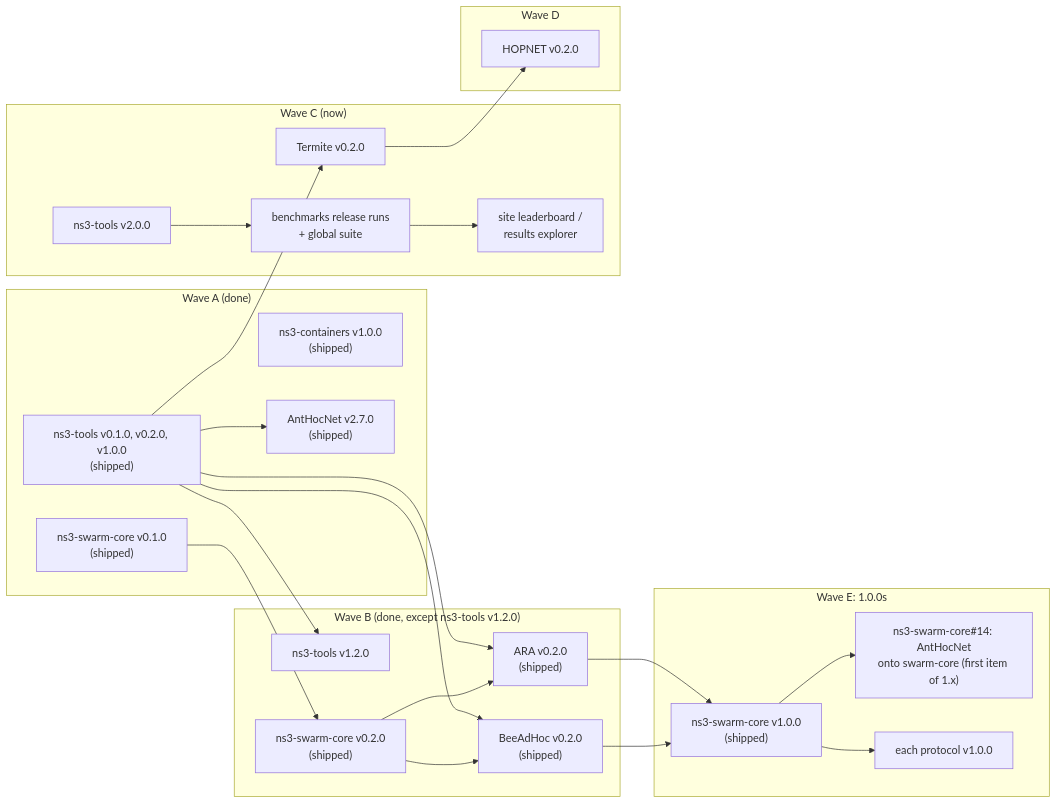
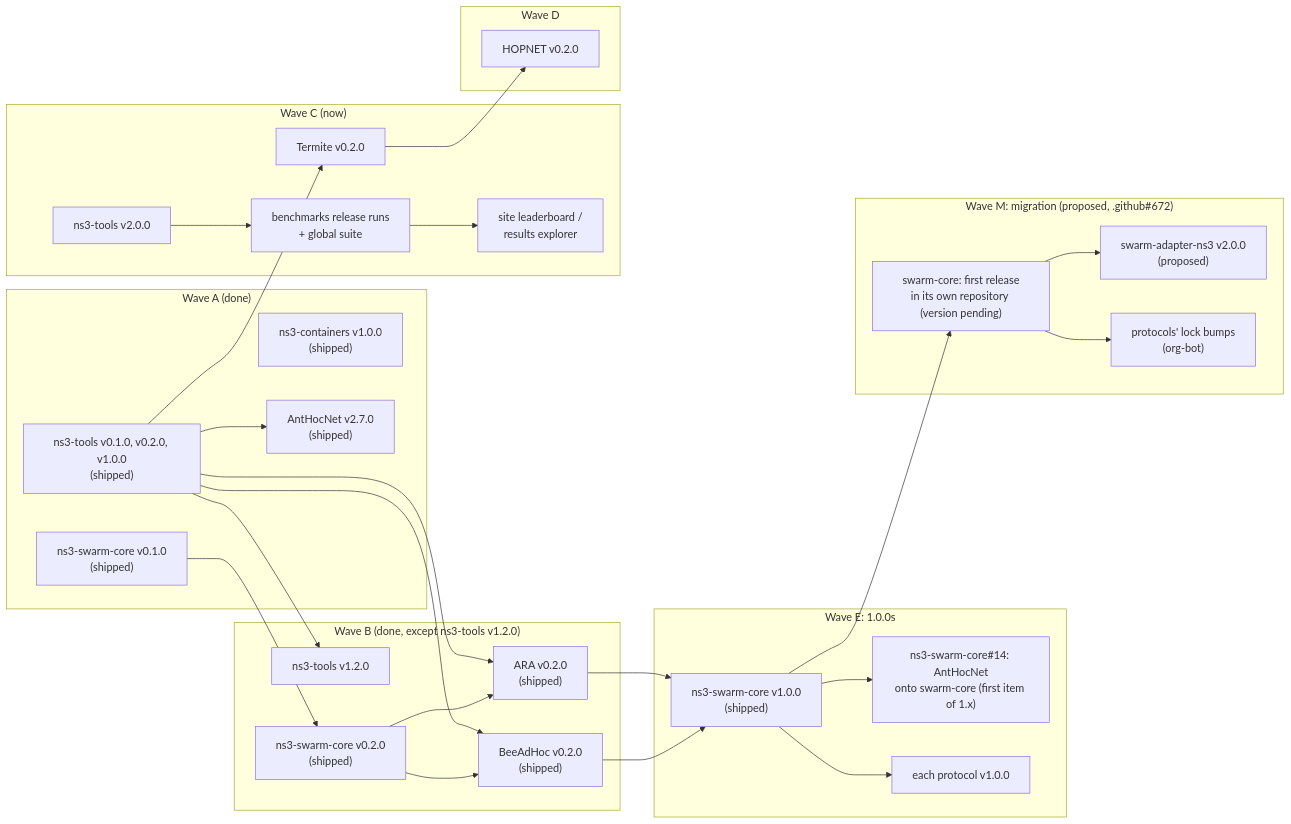
Before and after one commit to swarm-routing/.github: the third of 3 diagrams in ROADMAP.md, drawn with Mermaid. The commit also changed other lines of this file, not shown here.

First line of the commit message:
docs(roadmap): plan the hexagonal multi-runtime migration and the multi-simulator track (#700)

````diff
--- a/ROADMAP.md
+++ b/ROADMAP.md
@@ -387,44 +607,52 @@
 ```mermaid
 flowchart LR
   subgraph A["Wave A (done)"]
     T1["ns3-tools v0.1.0, v0.2.0, v1.0.0<br/>(shipped)"]
     NC["ns3-containers v1.0.0<br/>(shipped)"]
     C1["ns3-swarm-core v0.1.0<br/>(shipped)"]
     AH["AntHocNet v2.7.0<br/>(shipped)"]
   end
   subgraph B["Wave B (done, except ns3-tools v1.2.0)"]
     T2["ns3-tools v1.2.0"]
     C2["ns3-swarm-core v0.2.0<br/>(shipped)"]
     ARA2["ARA v0.2.0<br/>(shipped)"]
     BEE2["BeeAdHoc v0.2.0<br/>(shipped)"]
   end
   subgraph C["Wave C (now)"]
     TER2["Termite v0.2.0"]
     T3["ns3-tools v2.0.0"]
     BM["benchmarks release runs<br/>+ global suite"]
     SITE["site leaderboard /<br/>results explorer"]
   end
   subgraph D["Wave D"]
     HOP2["HOPNET v0.2.0"]
   end
   subgraph E["Wave E: 1.0.0s"]
     C10["ns3-swarm-core v1.0.0<br/>(shipped)"]
     I14["ns3-swarm-core#14: AntHocNet<br/>onto swarm-core (first item of 1.x)"]
     P10["each protocol v1.0.0"]
   end
+  subgraph M["Wave M: migration (proposed, .github#672)"]
+    SC1["swarm-core: first release<br/>in its own repository (version pending)"]
+    SA2["swarm-adapter-ns3 v2.0.0<br/>(proposed)"]
+    LB["protocols' lock bumps<br/>(org-bot)"]
+  end
   T1 --> AH
   T1 --> T2
   C1 --> C2
   T1 --> ARA2
   C2 --> ARA2
   T1 --> BEE2
   C2 --> BEE2
   T1 --> TER2
   T3 --> BM
   BM --> SITE
   TER2 --> HOP2
   ARA2 --> C10
   BEE2 --> C10
   C10 --> I14
   C10 --> P10
+  C10 --> SC1
+  SC1 --> SA2
+  SC1 --> LB
 ```
````
